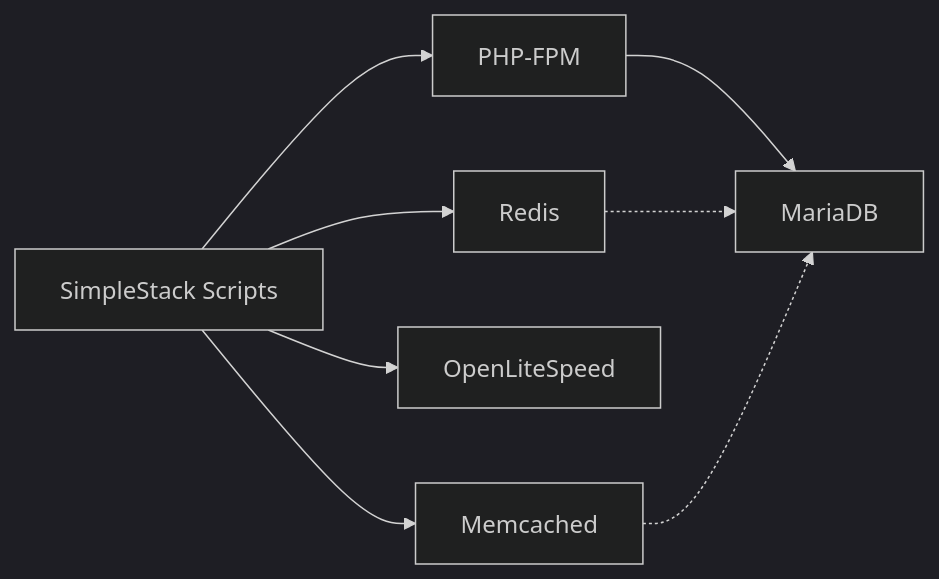
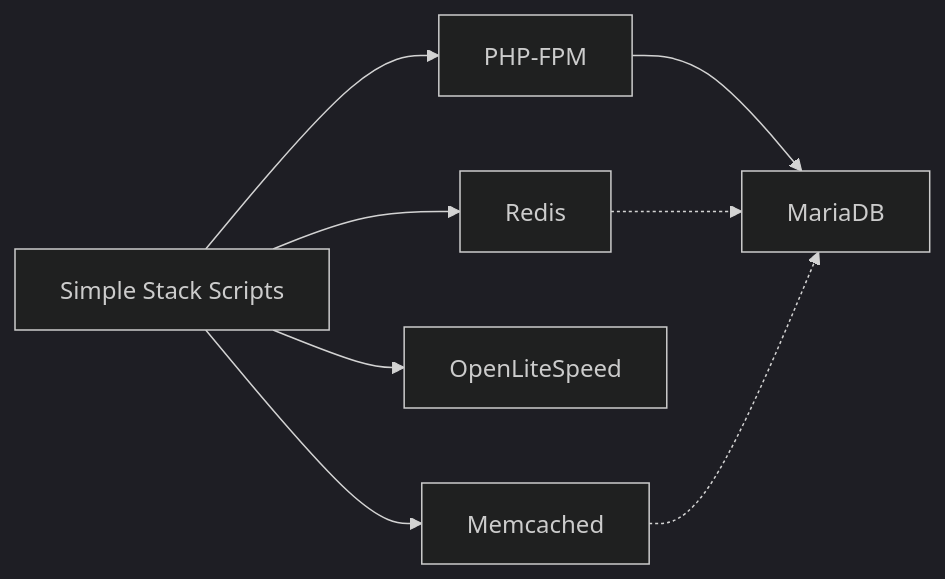
Before and after one commit to onedogsolutions/simple-stack: the sixth of 6 diagrams in .qoder/repowiki/en/content/Operational Tools/Performance Optimization Tools/Performance Optimization Tools.md, drawn with Mermaid (dark theme). The commit also changed other lines of this file and 5941 other files, not shown here.

First line of the commit message:
refactor(core): rebrand WPCloudDeploy to Simple Stack with new namespaces and prefixes

````diff
--- a/.qoder/repowiki/en/content/Operational Tools/Performance Optimization Tools/Performance Optimization Tools.md
+++ b/.qoder/repowiki/en/content/Operational Tools/Performance Optimization Tools/Performance Optimization Tools.md
@@ -292,10 +292,10 @@
 ```mermaid
 graph LR
-SS["SimpleStack Scripts"] --> RDS["Redis"]
+SS["Simple Stack Scripts"] --> RDS["Redis"]
 SS --> MEM["Memcached"]
 SS --> OLS["OpenLiteSpeed"]
 SS --> PHP["PHP-FPM"]
 PHP --> DB["MariaDB"]
 RDS -.-> DB
 MEM -.-> DB
 ```
````
